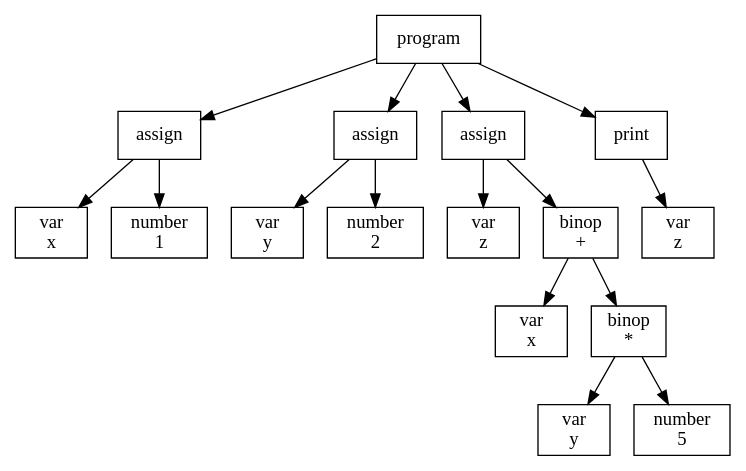
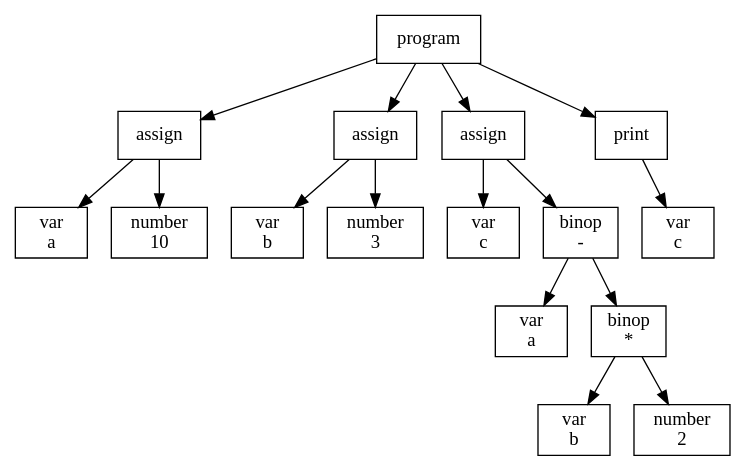
The diagram in ast.dot (GiovaniFetzner/LexicalAnalyser), drawn with Graphviz before and after one commit. The commit also changed 8 other files, not shown here.

```diff
--- a/ast.dot
+++ b/ast.dot
@@ -1,34 +1,34 @@
 digraph AST {
 node [shape=box];
-"a380fe40-191a-45c7-a437-fff5adae8d54" [label="program"];
-"a380fe40-191a-45c7-a437-fff5adae8d54" -> "8c61a6c2-8132-446d-9332-f3e8091ed23b";
-"8c61a6c2-8132-446d-9332-f3e8091ed23b" [label="assign"];
-"8c61a6c2-8132-446d-9332-f3e8091ed23b" -> "57ed7f9c-a4f9-4fcf-9d92-7371b3732a83";
-"57ed7f9c-a4f9-4fcf-9d92-7371b3732a83" [label="var\nx"];
-"8c61a6c2-8132-446d-9332-f3e8091ed23b" -> "ad9151db-136e-4dd3-b348-3bc1b648fa6c";
-"ad9151db-136e-4dd3-b348-3bc1b648fa6c" [label="number\n1"];
-"a380fe40-191a-45c7-a437-fff5adae8d54" -> "08c0c21a-27cb-4ea4-bdf3-4c11627d90fe";
-"08c0c21a-27cb-4ea4-bdf3-4c11627d90fe" [label="assign"];
-"08c0c21a-27cb-4ea4-bdf3-4c11627d90fe" -> "1554e88f-9caf-4dc6-b896-01c59d50a7f0";
-"1554e88f-9caf-4dc6-b896-01c59d50a7f0" [label="var\ny"];
-"08c0c21a-27cb-4ea4-bdf3-4c11627d90fe" -> "6017815b-83fc-4dec-89e3-709db8746f3a";
-"6017815b-83fc-4dec-89e3-709db8746f3a" [label="number\n2"];
-"a380fe40-191a-45c7-a437-fff5adae8d54" -> "3fd8e9b9-483c-442e-b3bb-912131528787";
-"3fd8e9b9-483c-442e-b3bb-912131528787" [label="assign"];
-"3fd8e9b9-483c-442e-b3bb-912131528787" -> "e8339cc6-1087-4937-bb96-d1ff19da16b6";
-"e8339cc6-1087-4937-bb96-d1ff19da16b6" [label="var\nz"];
-"3fd8e9b9-483c-442e-b3bb-912131528787" -> "23465cb1-d14e-42d2-83ad-0133f8f440cf";
-"23465cb1-d14e-42d2-83ad-0133f8f440cf" [label="binop\n+"];
-"23465cb1-d14e-42d2-83ad-0133f8f440cf" -> "fe01a71d-5f40-444d-a14b-32d3ea1fca57";
-"fe01a71d-5f40-444d-a14b-32d3ea1fca57" [label="var\nx"];
-"23465cb1-d14e-42d2-83ad-0133f8f440cf" -> "01a76570-89c0-4021-bced-ca68785fc9ba";
-"01a76570-89c0-4021-bced-ca68785fc9ba" [label="binop\n*"];
-"01a76570-89c0-4021-bced-ca68785fc9ba" -> "a71d2cd5-7317-447d-9e28-ffbf193b5212";
-"a71d2cd5-7317-447d-9e28-ffbf193b5212" [label="var\ny"];
-"01a76570-89c0-4021-bced-ca68785fc9ba" -> "9294ceda-83fb-4497-a8c7-b90c125f4562";
-"9294ceda-83fb-4497-a8c7-b90c125f4562" [label="number\n5"];
-"a380fe40-191a-45c7-a437-fff5adae8d54" -> "201449b5-9194-4396-860c-04c162e09045";
-"201449b5-9194-4396-860c-04c162e09045" [label="print"];
-"201449b5-9194-4396-860c-04c162e09045" -> "564552c2-d009-4553-9e50-5be17973d816";
-"564552c2-d009-4553-9e50-5be17973d816" [label="var\nz"];
+"f89b497e-5d24-4320-a1ba-1ed9aebefdd2" [label="program"];
+"f89b497e-5d24-4320-a1ba-1ed9aebefdd2" -> "9fffe792-cc31-412d-8cd9-f4418d9f0f6b";
+"9fffe792-cc31-412d-8cd9-f4418d9f0f6b" [label="assign"];
+"9fffe792-cc31-412d-8cd9-f4418d9f0f6b" -> "c7808b9f-927b-4f5a-ba24-5bea854213e6";
+"c7808b9f-927b-4f5a-ba24-5bea854213e6" [label="var\na"];
+"9fffe792-cc31-412d-8cd9-f4418d9f0f6b" -> "fb5981bb-bcd2-48dc-8c37-58b177d34542";
+"fb5981bb-bcd2-48dc-8c37-58b177d34542" [label="number\n10"];
+"f89b497e-5d24-4320-a1ba-1ed9aebefdd2" -> "2b4bc6d6-fa24-49e4-aac7-1e741f47d7bf";
+"2b4bc6d6-fa24-49e4-aac7-1e741f47d7bf" [label="assign"];
+"2b4bc6d6-fa24-49e4-aac7-1e741f47d7bf" -> "19875d35-d64d-40f5-b864-9bfb7c6fcf0c";
+"19875d35-d64d-40f5-b864-9bfb7c6fcf0c" [label="var\nb"];
+"2b4bc6d6-fa24-49e4-aac7-1e741f47d7bf" -> "1f0ece95-375b-4b2c-be22-8307daeef44a";
+"1f0ece95-375b-4b2c-be22-8307daeef44a" [label="number\n3"];
+"f89b497e-5d24-4320-a1ba-1ed9aebefdd2" -> "39db61da-c5f5-402c-afe3-e349e7c685d9";
+"39db61da-c5f5-402c-afe3-e349e7c685d9" [label="assign"];
+"39db61da-c5f5-402c-afe3-e349e7c685d9" -> "ebc57f71-fc2e-4ed3-8b43-b0e8b59fe310";
+"ebc57f71-fc2e-4ed3-8b43-b0e8b59fe310" [label="var\nc"];
+"39db61da-c5f5-402c-afe3-e349e7c685d9" -> "f18dbe75-a980-49de-999a-d54ec9e0ceb4";
+"f18dbe75-a980-49de-999a-d54ec9e0ceb4" [label="binop\n-"];
+"f18dbe75-a980-49de-999a-d54ec9e0ceb4" -> "30b67027-7012-4a8a-a920-124473dc0eca";
+"30b67027-7012-4a8a-a920-124473dc0eca" [label="var\na"];
+"f18dbe75-a980-49de-999a-d54ec9e0ceb4" -> "ad29bc5d-39b5-4366-bb32-3ed2848be86e";
+"ad29bc5d-39b5-4366-bb32-3ed2848be86e" [label="binop\n*"];
+"ad29bc5d-39b5-4366-bb32-3ed2848be86e" -> "e0846af0-5506-4e56-b4dc-6dbdb57b1f4e";
+"e0846af0-5506-4e56-b4dc-6dbdb57b1f4e" [label="var\nb"];
+"ad29bc5d-39b5-4366-bb32-3ed2848be86e" -> "d5a5800f-ddb8-4438-93d1-f1961d8cc0a2";
+"d5a5800f-ddb8-4438-93d1-f1961d8cc0a2" [label="number\n2"];
+"f89b497e-5d24-4320-a1ba-1ed9aebefdd2" -> "4cfa8624-b177-458f-9cac-86e6af6bdd71";
+"4cfa8624-b177-458f-9cac-86e6af6bdd71" [label="print"];
+"4cfa8624-b177-458f-9cac-86e6af6bdd71" -> "47e3dfe3-2a85-4a1b-9253-526de12ab5e1";
+"47e3dfe3-2a85-4a1b-9253-526de12ab5e1" [label="var\nc"];
 }
```
